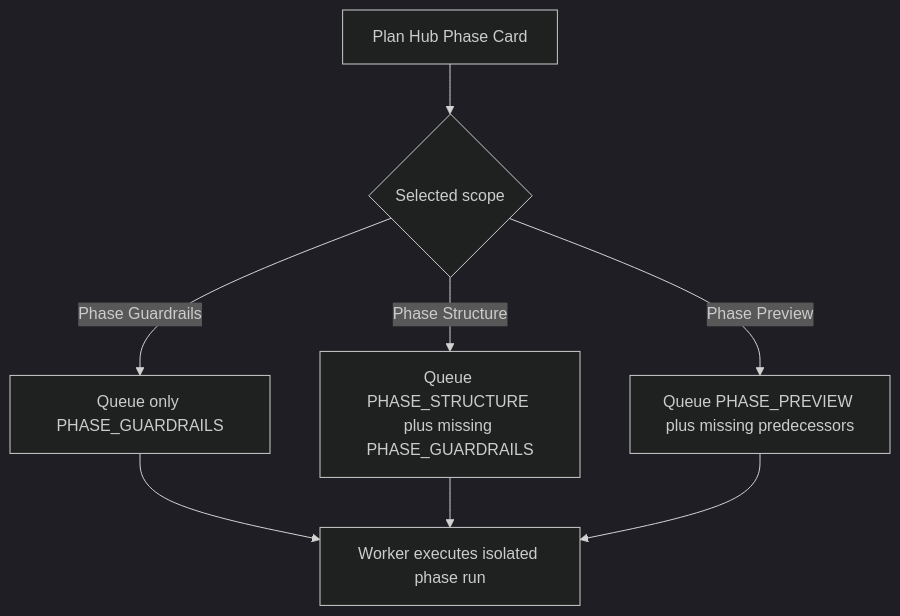
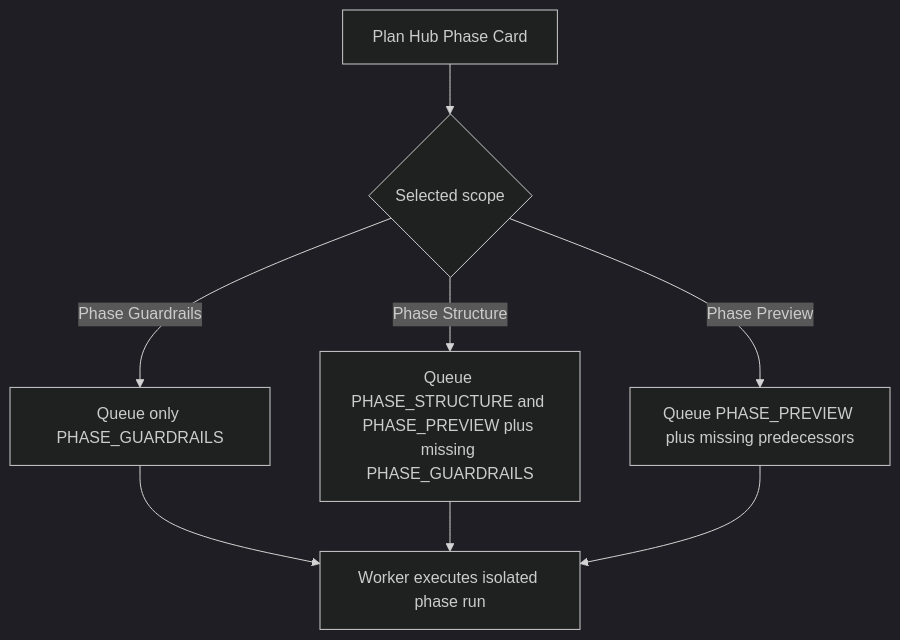
One commit to albauer-priv/RPS changed the diagram in doc/specs/features/FEAT_plan_hub_phase_step_isolation.md. Above: the diagram before and after it, drawn with Mermaid (dark theme). The commit also changed other lines of this file and 4 other files, not shown here.

Commit message:
fix: rerun phase preview with phase structure

````diff
--- a/doc/specs/features/FEAT_plan_hub_phase_step_isolation.md
+++ b/doc/specs/features/FEAT_plan_hub_phase_step_isolation.md
@@ -68,10 +69,10 @@
 ```mermaid
 flowchart TD
   A["Plan Hub Phase Card"] --> B{"Selected scope"}
   B -->|Phase Guardrails| C["Queue only PHASE_GUARDRAILS"]
-  B -->|Phase Structure| D["Queue PHASE_STRUCTURE plus missing PHASE_GUARDRAILS"]
+  B -->|Phase Structure| D["Queue PHASE_STRUCTURE and PHASE_PREVIEW plus missing PHASE_GUARDRAILS"]
   B -->|Phase Preview| E["Queue PHASE_PREVIEW plus missing predecessors"]
   C --> F["Worker executes isolated phase run"]
   D --> F
   E --> F
 ```
````
